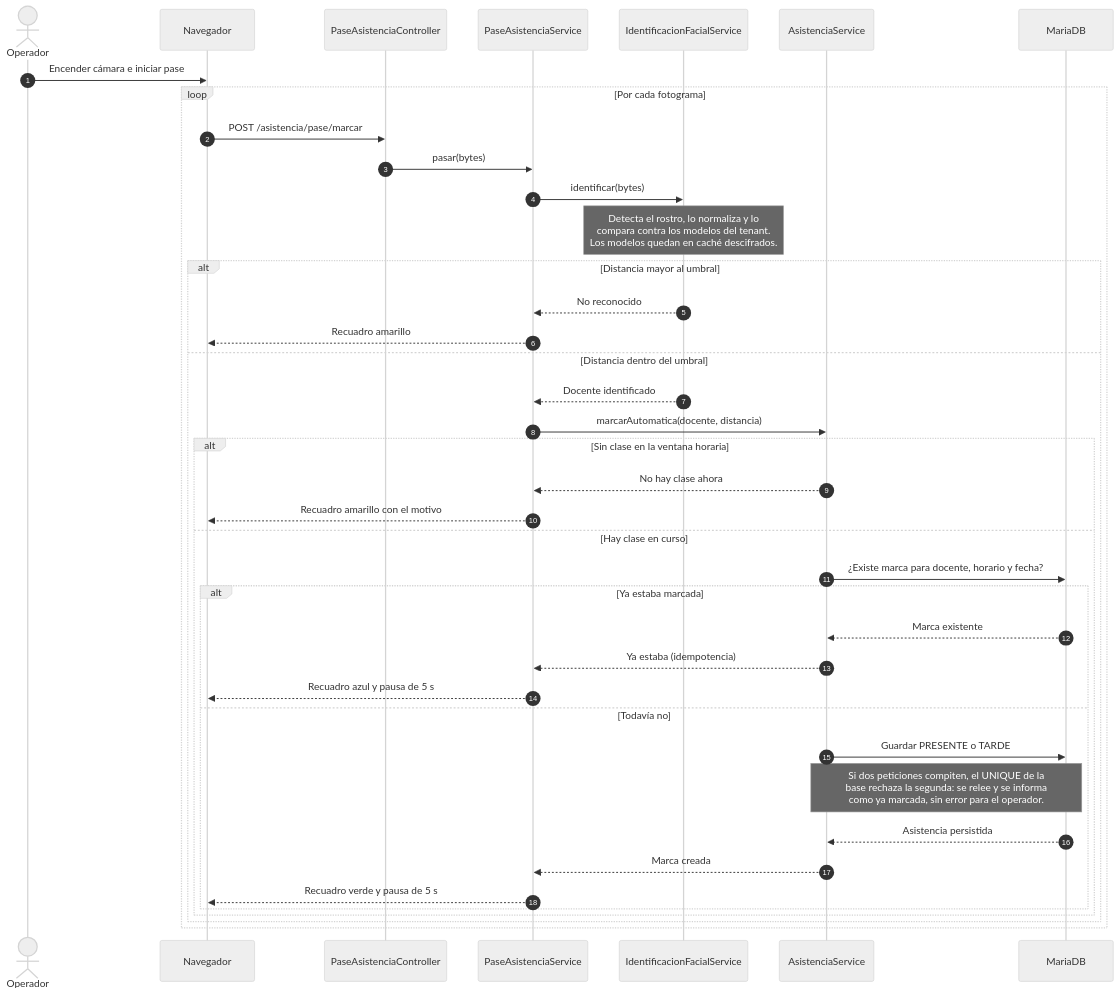
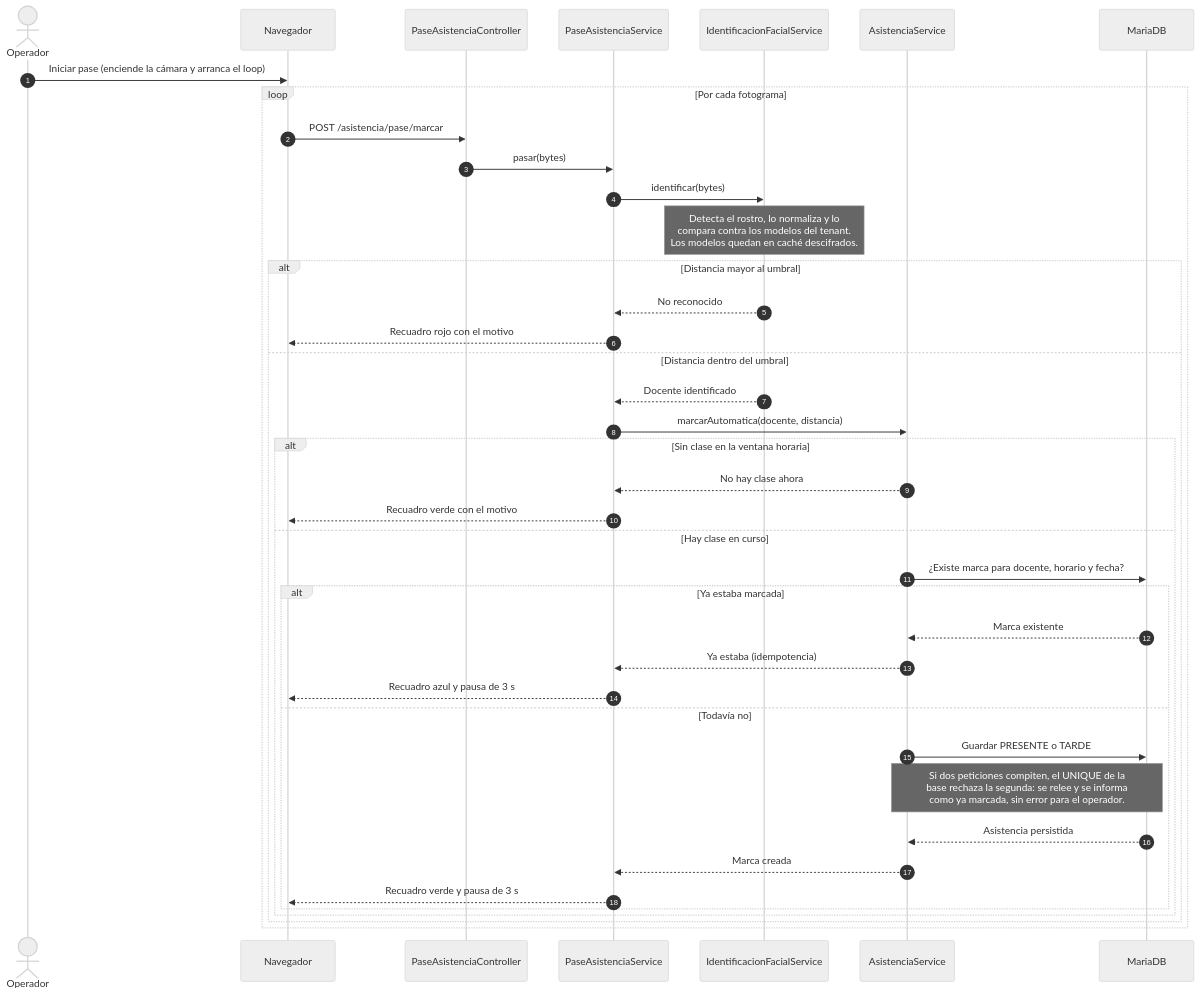
Before and after one commit to fran-q/asistencias-docente: the third of 3 diagrams in docs/5-diagramas/diagramas.md, drawn with Mermaid (neutral theme). The commit also changed 7 other files, not shown here.

````diff
--- a/docs/5-diagramas/diagramas.md
+++ b/docs/5-diagramas/diagramas.md
@@ -252,47 +252,47 @@
 ```mermaid
 sequenceDiagram
     autonumber
     actor Op as Operador
     participant JS as Navegador
     participant PC as PaseAsistenciaController
     participant PS as PaseAsistenciaService
     participant IFS as IdentificacionFacialService
     participant AS as AsistenciaService
     participant DB as MariaDB
 
-    Op->>JS: Encender cámara e iniciar pase
+    Op->>JS: Iniciar pase (enciende la cámara y arranca el loop)
 
     loop Por cada fotograma
         JS->>PC: POST /asistencia/pase/marcar
         PC->>PS: pasar(bytes)
         PS->>IFS: identificar(bytes)
         Note over IFS: Detecta el rostro, lo normaliza y lo<br/>compara contra los modelos del tenant.<br/>Los modelos quedan en caché descifrados.
 
         alt Distancia mayor al umbral
             IFS-->>PS: No reconocido
-            PS-->>JS: Recuadro amarillo
+            PS-->>JS: Recuadro rojo con el motivo
         else Distancia dentro del umbral
             IFS-->>PS: Docente identificado
             PS->>AS: marcarAutomatica(docente, distancia)
 
             alt Sin clase en la ventana horaria
                 AS-->>PS: No hay clase ahora
-                PS-->>JS: Recuadro amarillo con el motivo
+                PS-->>JS: Recuadro verde con el motivo
             else Hay clase en curso
                 AS->>DB: ¿Existe marca para docente, horario y fecha?
 
                 alt Ya estaba marcada
                     DB-->>AS: Marca existente
                     AS-->>PS: Ya estaba (idempotencia)
-                    PS-->>JS: Recuadro azul y pausa de 5 s
+                    PS-->>JS: Recuadro azul y pausa de 3 s
                 else Todavía no
                     AS->>DB: Guardar PRESENTE o TARDE
                     Note over AS,DB: Si dos peticiones compiten, el UNIQUE de la<br/>base rechaza la segunda: se relee y se informa<br/>como ya marcada, sin error para el operador.
                     DB-->>AS: Asistencia persistida
                     AS-->>PS: Marca creada
-                    PS-->>JS: Recuadro verde y pausa de 5 s
+                    PS-->>JS: Recuadro verde y pausa de 3 s
                 end
             end
         end
     end
 ```
````
